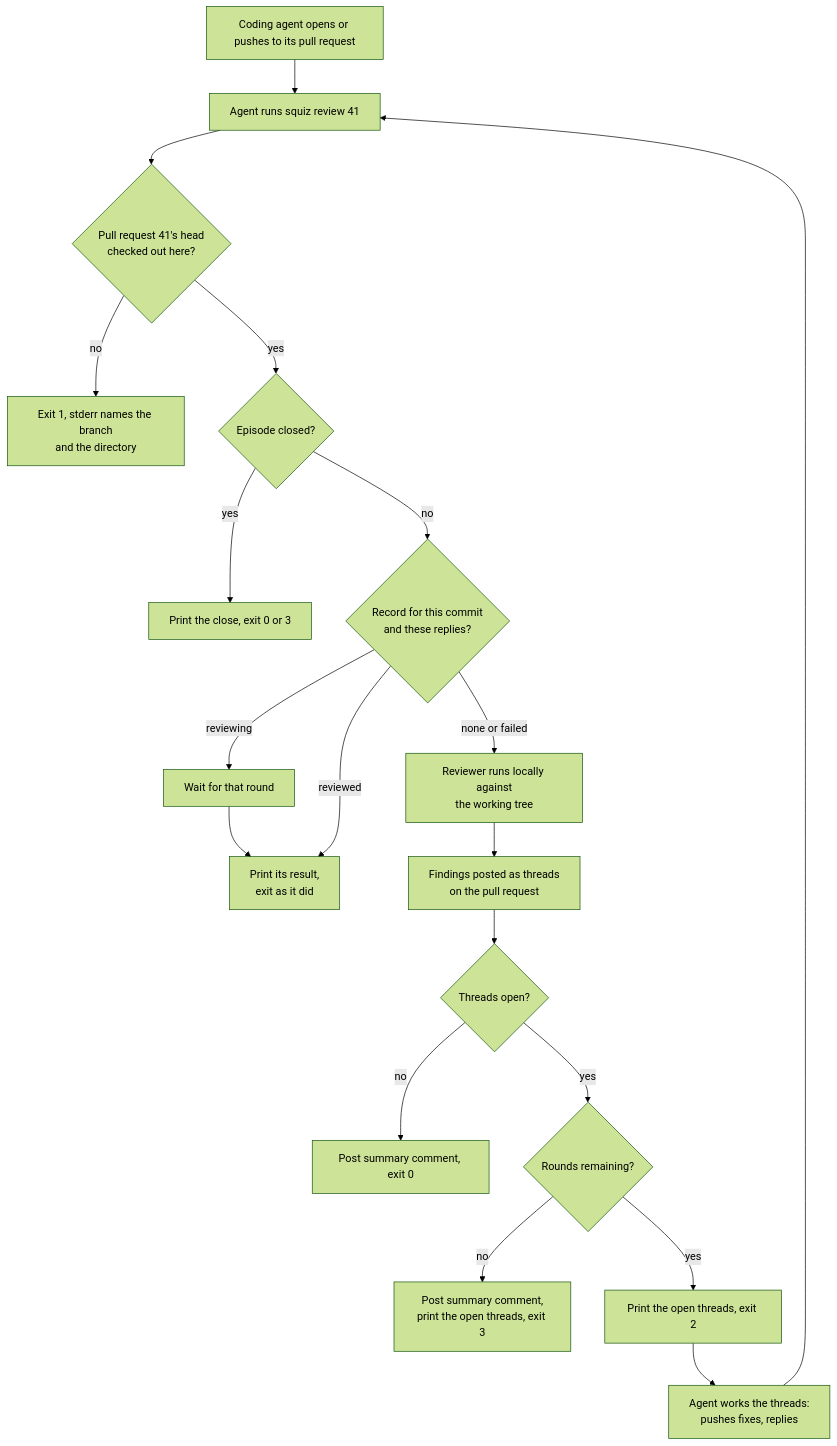
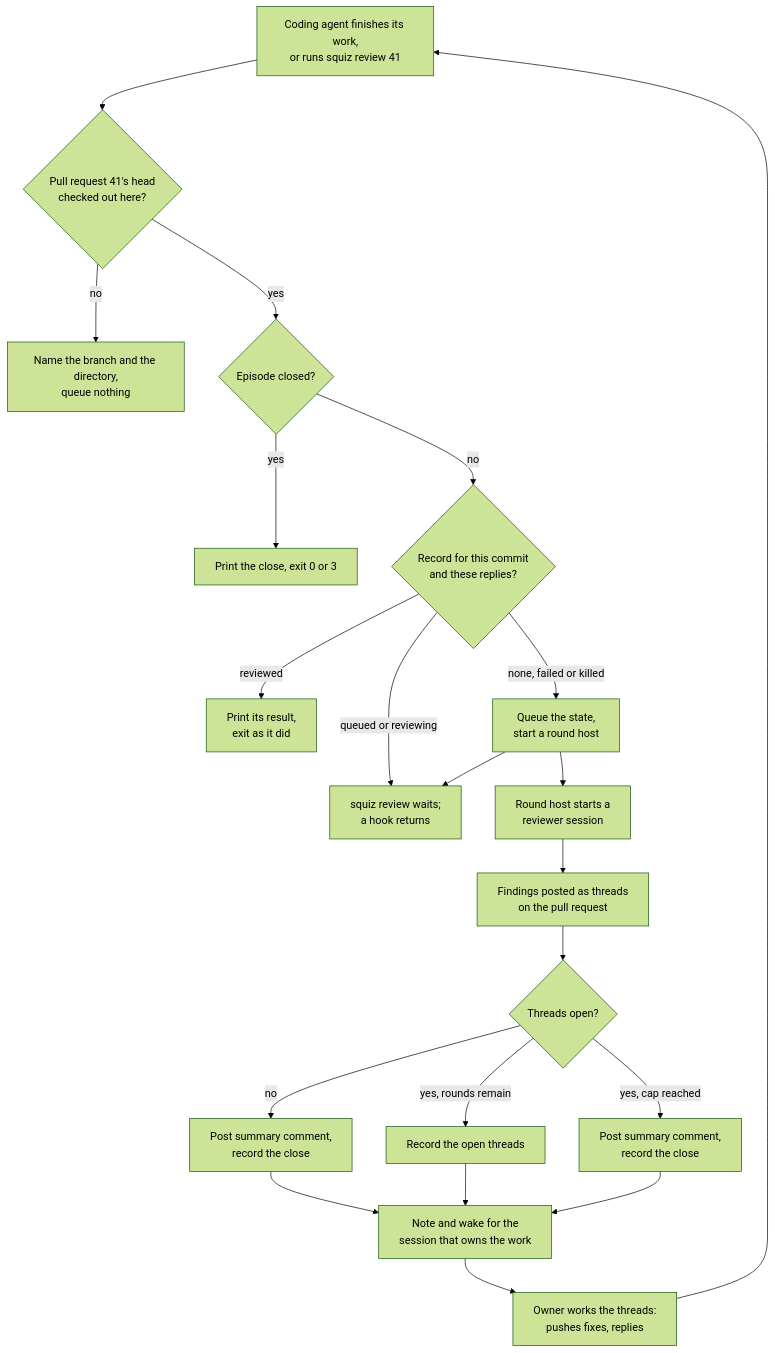
One commit to jacygao/squiz changed the first of 2 diagrams in docs/specs/review-harness-spec.md. Above: the diagram before and after it, drawn with Mermaid (forest theme). The commit also changed other lines of this file and 2 other files, not shown here.

Commit message:
Fold reviewer sessions, the round host and the report into the harness spec, and drop muster

````diff
--- a/docs/specs/review-harness-spec.md
+++ b/docs/specs/review-harness-spec.md
@@ -256,21 +289,23 @@
 ```mermaid
 flowchart TD
-    A[Coding agent opens or pushes to its pull request] --> B[Agent runs squiz review 41]
-    B --> C{Pull request 41's head<br/>checked out here?}
-    C -->|no| L[Exit 1, stderr names the branch<br/>and the directory]
+    A[Coding agent finishes its work,<br/>or runs squiz review 41] --> C{Pull request 41's head<br/>checked out here?}
+    C -->|no| L[Name the branch and the directory,<br/>queue nothing]
     C -->|yes| K{Episode closed?}
     K -->|yes| D[Print the close, exit 0 or 3]
     K -->|no| R{Record for this commit<br/>and these replies?}
-    R -->|reviewing| W[Wait for that round]
-    W --> P
     R -->|reviewed| P[Print its result,<br/>exit as it did]
-    R -->|none or failed| E[Reviewer runs locally against<br/>the working tree]
-    E --> F[Findings posted as threads<br/>on the pull request]
+    R -->|queued or reviewing| W[squiz review waits;<br/>a hook returns]
+    R -->|none, failed or killed| Q[Queue the state,<br/>start a round host]
+    Q --> W
+    Q --> H[Round host starts a<br/>reviewer session]
+    H --> F[Findings posted as threads<br/>on the pull request]
     F --> G{Threads open?}
-    G -->|no| I[Post summary comment, exit 0]
-    G -->|yes| H{Rounds remaining?}
-    H -->|no| J[Post summary comment,<br/>print the open threads, exit 3]
-    H -->|yes| M[Print the open threads, exit 2]
-    M --> N[Agent works the threads:<br/>pushes fixes, replies]
-    N --> B
+    G -->|no| I[Post summary comment,<br/>record the close]
+    G -->|yes, rounds remain| M[Record the open threads]
+    G -->|yes, cap reached| J[Post summary comment,<br/>record the close]
+    I --> N[Note and wake for the<br/>session that owns the work]
+    M --> N
+    J --> N
+    N --> O[Owner works the threads:<br/>pushes fixes, replies]
+    O --> A
 ```
````
